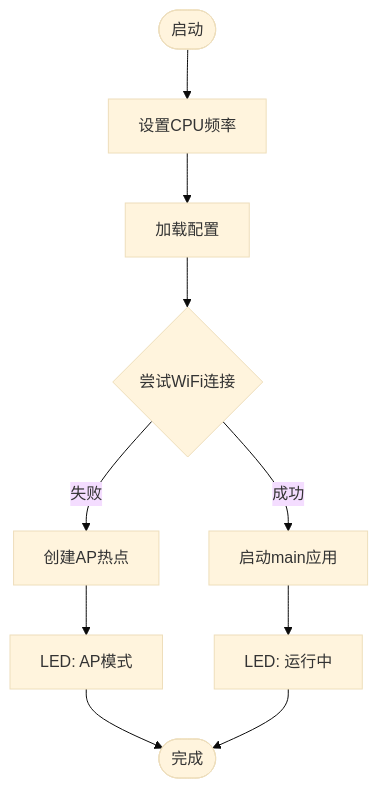
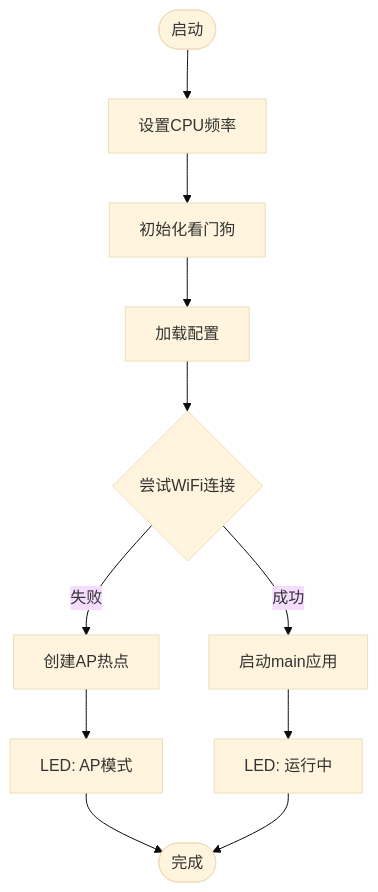
The third of 9 diagrams in .qoder/repowiki/zh/content/故障排除/故障排除.md (qq20739111/weilushishe-lishitai), drawn with Mermaid (base theme) before and after one commit. The commit also changed other lines of this file and 23 other files, not shown here.

````diff
--- a/.qoder/repowiki/zh/content/故障排除/故障排除.md
+++ b/.qoder/repowiki/zh/content/故障排除/故障排除.md
@@ -120,12 +136,13 @@
 ```mermaid
 flowchart TD
 Start(["启动"]) --> Freq["设置CPU频率"]
-Freq --> LoadCfg["加载配置"]
+Freq --> InitWD["初始化看门狗"]
+InitWD --> LoadCfg["加载配置"]
 LoadCfg --> TryConn{"尝试WiFi连接"}
 TryConn --> |成功| RunApp["启动main应用"]
 TryConn --> |失败| StartAP["创建AP热点"]
 StartAP --> LedAp["LED: AP模式"]
 RunApp --> LedRun["LED: 运行中"]
 LedAp --> End(["完成"])
 LedRun --> End
 ```
````
